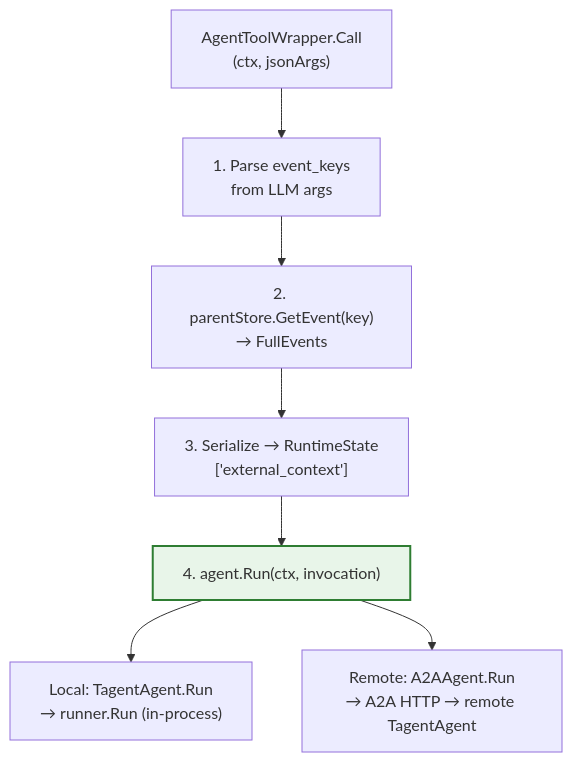
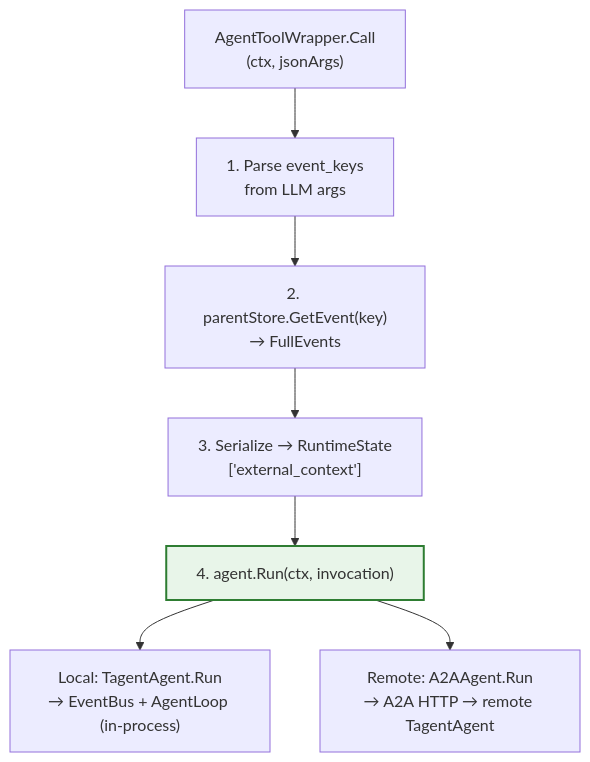
One commit to SpellingDragon/tagent changed the fifth of 8 diagrams in README_EN.md. Above: the diagram before and after it, drawn with Mermaid. The commit also changed other lines of this file and 8 other files, not shown here.

First line of the commit message:
docs: align wiki and README with event-driven architecture

````diff
--- a/README_EN.md
+++ b/README_EN.md
@@ -280,11 +288,11 @@
 ```mermaid
 graph TD
     CALL["AgentToolWrapper.Call<br/>(ctx, jsonArgs)"] --> PARSE["1. Parse event_keys<br/>from LLM args"]
     PARSE --> GET["2. parentStore.GetEvent(key)<br/>→ FullEvents"]
     GET --> SER["3. Serialize → RuntimeState<br/>['external_context']"]
     SER --> RUN["4. agent.Run(ctx, invocation)"]
-    RUN --> LOCAL["Local: TagentAgent.Run<br/>→ runner.Run (in-process)"]
+    RUN --> LOCAL["Local: TagentAgent.Run<br/>→ EventBus + AgentLoop (in-process)"]
     RUN --> REMOTE["Remote: A2AAgent.Run<br/>→ A2A HTTP → remote TagentAgent"]
 
     style RUN fill:#e8f5e9,stroke:#2e7d32,stroke-width:2px
 ```
````
